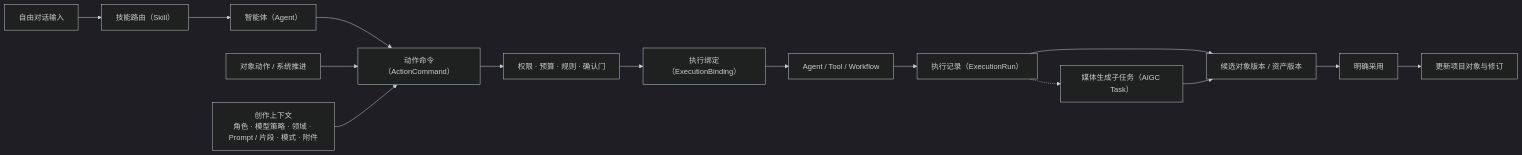
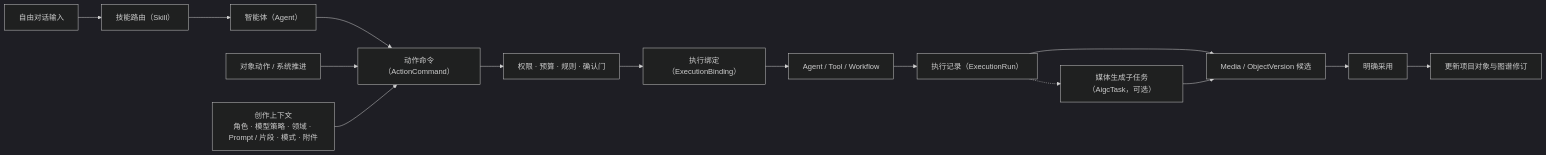
The third of 9 diagrams in docs/design/apps/content-studio/content-studio-capability-concept-map.md (aaron-zzh/agentic-app-framework), drawn with Mermaid (dark theme) before and after one commit. The commit also changed other lines of this file and 716 other files, not shown here.

````diff
--- a/docs/design/apps/content-studio/content-studio-capability-concept-map.md
+++ b/docs/design/apps/content-studio/content-studio-capability-concept-map.md
@@ -117,14 +187,14 @@
 ```mermaid
 flowchart LR
     CHAT["自由对话输入"] --> SKILL["技能路由（Skill）"] --> AGENT["智能体（Agent）"] --> CMD["动作命令（ActionCommand）"]
     OBJECT["对象动作 / 系统推进"] --> CMD
     CONTEXT["创作上下文<br/>角色 · 模型策略 · 领域 · Prompt / 片段 · 模式 · 附件"] --> CMD
     CMD --> GATE["权限 · 预算 · 规则 · 确认门"]
     GATE --> EB["执行绑定（ExecutionBinding）"]
     EB --> TARGET["Agent / Tool / Workflow"]
     TARGET --> RUN["执行记录（ExecutionRun）"]
-    RUN -.-> TASK["媒体生成子任务（AIGC Task）"]
-    RUN --> OUT["候选对象版本 / 资产版本"]
+    RUN -.-> TASK["媒体生成子任务（AigcTask，可选）"]
+    RUN --> OUT["Media / ObjectVersion 候选"]
     TASK --> OUT
-    OUT --> ADOPT["明确采用"] --> PROJECT["更新项目对象与修订"]
+    OUT --> ADOPT["明确采用"] --> PROJECT["更新项目对象与图谱修订"]
 ```
````
